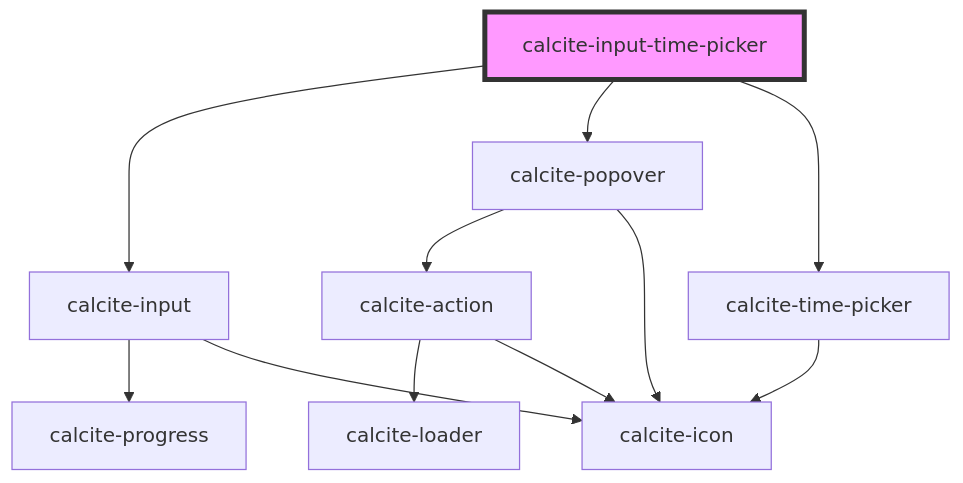
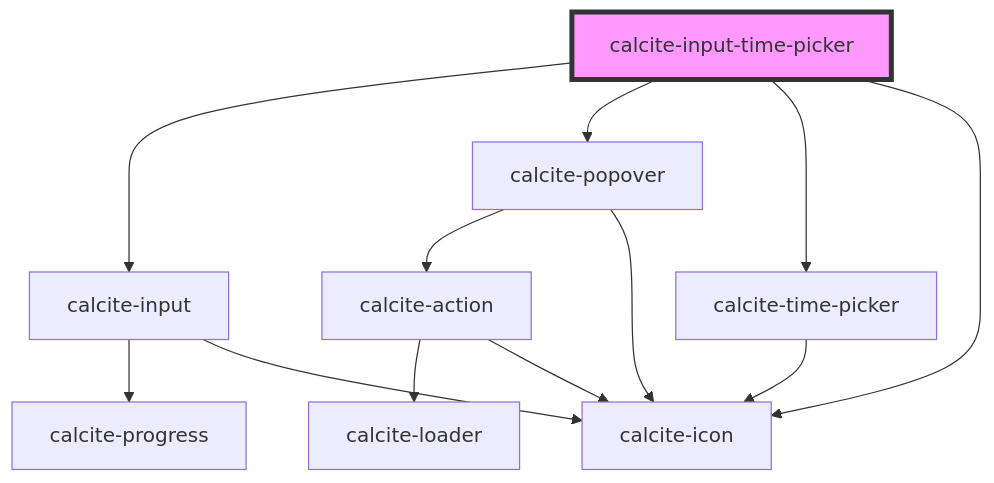
Before and after one commit to vikivakarvc/calcite-design-system: the diagram in packages/calcite-components/src/components/input-time-picker/readme.md, drawn with Mermaid. The commit also changed other lines of this file and 91 other files, not shown here.

````diff
--- a/packages/calcite-components/src/components/input-time-picker/readme.md
+++ b/packages/calcite-components/src/components/input-time-picker/readme.md
@@ -69,14 +76,15 @@
 ```mermaid
 graph TD;
   calcite-input-time-picker --> calcite-input
   calcite-input-time-picker --> calcite-popover
   calcite-input-time-picker --> calcite-time-picker
+  calcite-input-time-picker --> calcite-icon
   calcite-input --> calcite-progress
   calcite-input --> calcite-icon
   calcite-popover --> calcite-action
   calcite-popover --> calcite-icon
   calcite-action --> calcite-loader
   calcite-action --> calcite-icon
   calcite-time-picker --> calcite-icon
   style calcite-input-time-picker fill:#f9f,stroke:#333,stroke-width:4px
 ```
````
